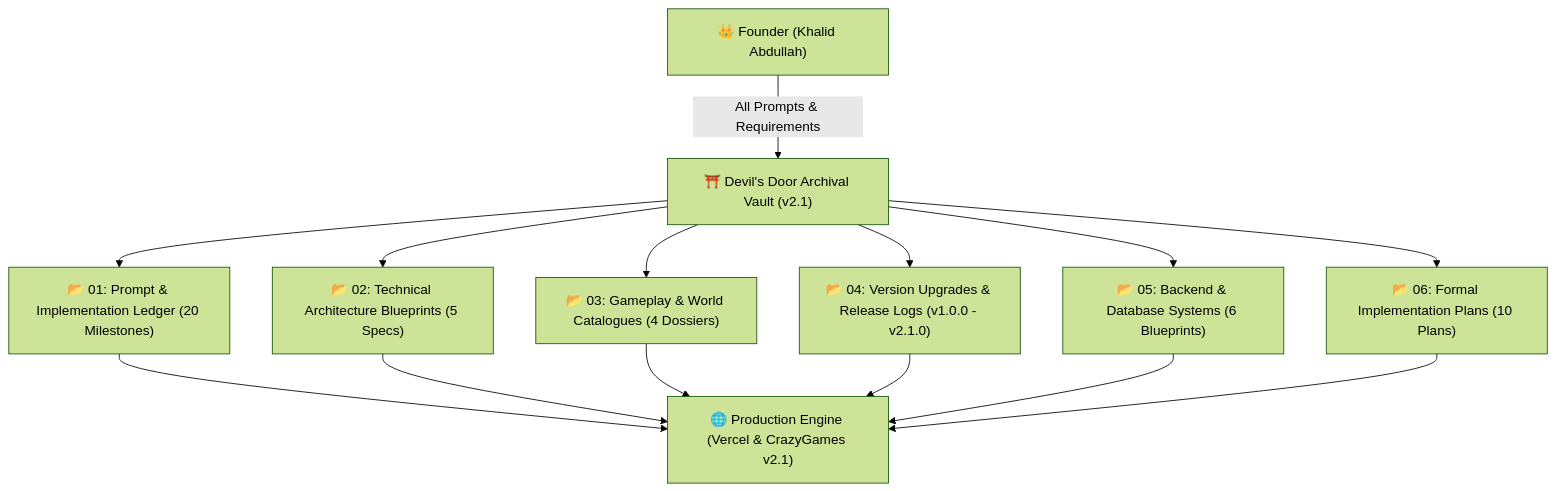
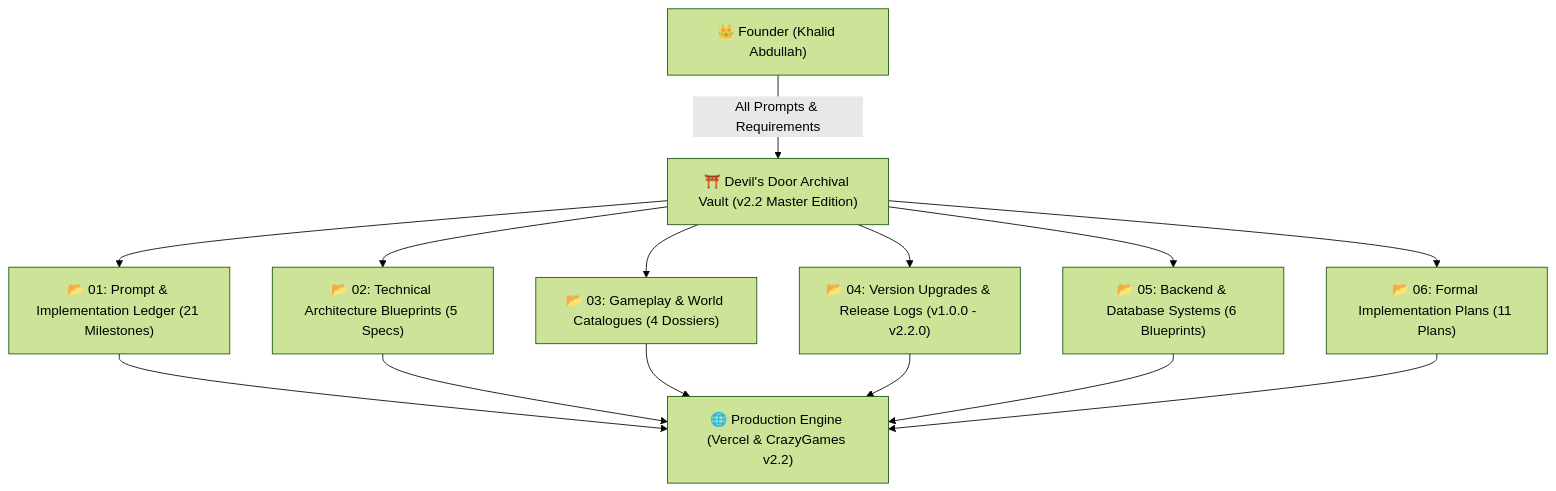
One commit to khalidabdullahh/DevilsDoor changed the diagram in DevilsDoor_Vault/⛩️_00_MASTER_INDEX.md. Above: the diagram before and after it, drawn with Mermaid (forest theme). The commit also changed other lines of this file and 21 other files, not shown here.

````diff
--- a/DevilsDoor_Vault/⛩️_00_MASTER_INDEX.md
+++ b/DevilsDoor_Vault/⛩️_00_MASTER_INDEX.md
@@ -7,12 +7,12 @@
 ```mermaid
 graph TD
-    User["👑 Founder (Khalid Abdullah)"] -->|All Prompts & Requirements| Vault["⛩️ Devil's Door Archival Vault (v2.1)"]
-    Vault --> P["📂 01: Prompt & Implementation Ledger (20 Milestones)"]
+    User["👑 Founder (Khalid Abdullah)"] -->|All Prompts & Requirements| Vault["⛩️ Devil's Door Archival Vault (v2.2 Master Edition)"]
+    Vault --> P["📂 01: Prompt & Implementation Ledger (21 Milestones)"]
     Vault --> A["📂 02: Technical Architecture Blueprints (5 Specs)"]
     Vault --> G["📂 03: Gameplay & World Catalogues (4 Dossiers)"]
-    Vault --> V["📂 04: Version Upgrades & Release Logs (v1.0.0 - v2.1.0)"]
+    Vault --> V["📂 04: Version Upgrades & Release Logs (v1.0.0 - v2.2.0)"]
     Vault --> B["📂 05: Backend & Database Systems (6 Blueprints)"]
-    Vault --> Plans["📂 06: Formal Implementation Plans (10 Plans)"]
+    Vault --> Plans["📂 06: Formal Implementation Plans (11 Plans)"]
     
-    P & A & G & V & B & Plans --> Engine["🌐 Production Engine (Vercel & CrazyGames v2.1)"]
+    P & A & G & V & B & Plans --> Engine["🌐 Production Engine (Vercel & CrazyGames v2.2)"]
 ```
````
